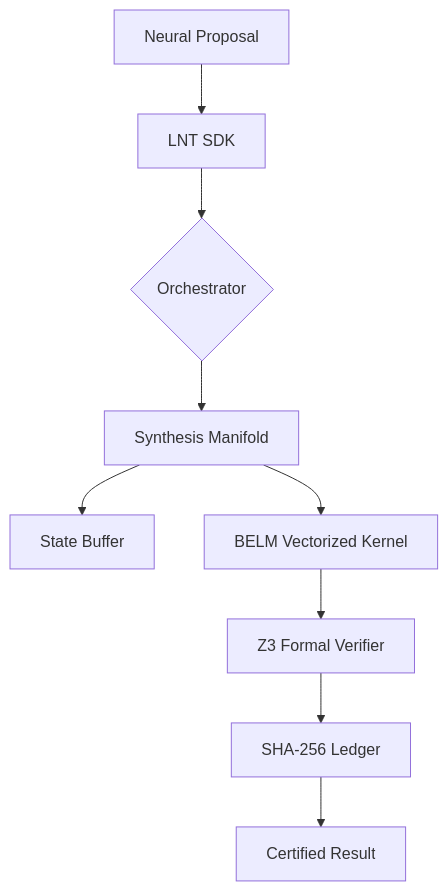
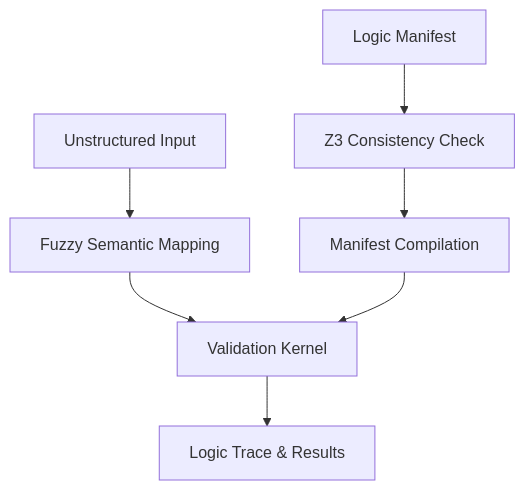
The diagram in docs/whitepaper.md (wassmi/lnt-sovereign), drawn with Mermaid before and after one commit. The commit also changed other lines of this file and 72 other files, not shown here.

````diff
--- a/docs/whitepaper.md
+++ b/docs/whitepaper.md
@@ -19,11 +17,9 @@
 ```mermaid
 graph TD
-    A[Neural Proposal] --> B[LNT SDK]
-    B --> C{Orchestrator}
-    C --> D[Synthesis Manifold]
-    D --> E[State Buffer]
-    D --> F[BELM Vectorized Kernel]
-    F --> G[Z3 Formal Verifier]
-    G --> H[SHA-256 Ledger]
-    H --> I[Certified Result]
+    A[Unstructured Input] --> B[Fuzzy Semantic Mapping]
+    B --> C[Validation Kernel]
+    D[Logic Manifest] --> E[Z3 Consistency Check]
+    E --> F[Manifest Compilation]
+    F --> C
+    C --> G[Logic Trace & Results]
 ```
````
